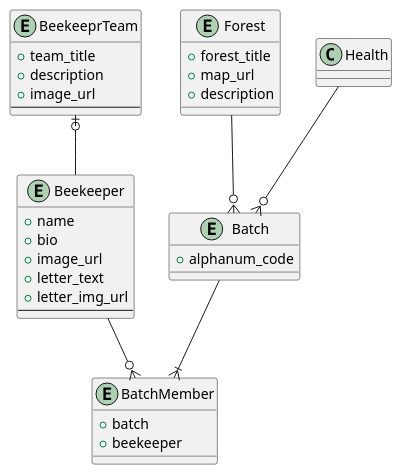
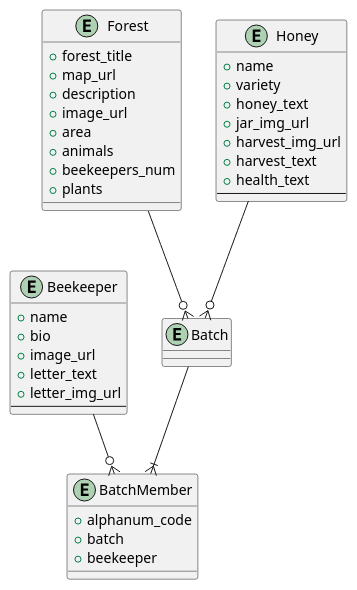
One commit to trinhcon/CSC301-Upendo-Honey changed the diagram in docs/uml-diagrams/models.puml. Above: the diagram before and after it, drawn with PlantUML. The commit also changed 5 other files, not shown here.

```diff
--- a/docs/uml-diagrams/models.puml
+++ b/docs/uml-diagrams/models.puml
@@ -1,44 +1,50 @@
 @startuml
 
 entity Batch  {
-  + alphanum_code
 }
 
 entity BatchMember {
+    + alphanum_code
     + batch
     + beekeeper
 }
 
 entity Forest  {
   + forest_title
   + map_url
   + description
+  + image_url
+  + area
+  + animals
+  + beekeepers_num
+  + plants
 }
 
 entity Beekeeper  {
   + name
   + bio
   + image_url
   + letter_text
   + letter_img_url
   --
 }
 
-entity BeekeeprTeam  {
-  + team_title
-  + description
-  + image_url
+entity Honey  {
+  + name
+  + variety
+  + honey_text
+  + jar_img_url
+  + harvest_img_url
+  + harvest_text
+  + health_text
   --
 }
 
 
-
 Batch -down-|{ BatchMember
 Forest -down-o{ Batch
-Health -down-o{ Batch
+Honey -down-o{ Batch
 Beekeeper -down-o{ BatchMember
 
 
-Beekeeper -up-o| BeekeeprTeam
-
 @enduml
```
